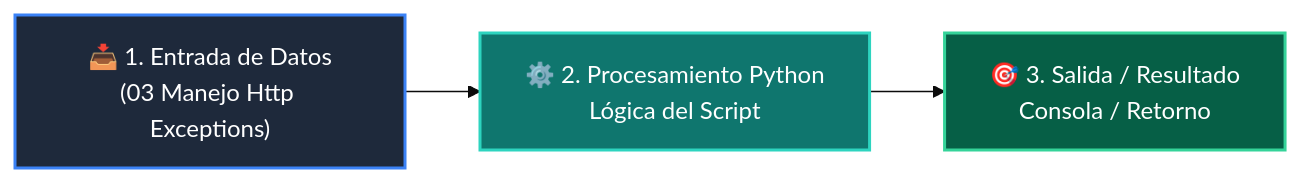
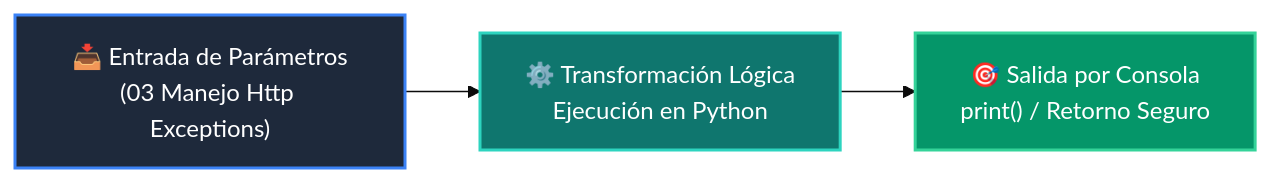
Before and after one commit to wisrovi/wisrovi-python: the diagram in 04-proyecto-final/clase-02-backend-fastapi/ejemplos/ejemplo_03_manejo_http_exceptions/README.md, drawn with Mermaid (base theme). The commit also changed other lines of this file and 226 other files, not shown here.

Commit message:
docs: elevate all repository READMEs to world-class mastery standard with rich pedagogical architecture, custom Mermaids, and professional styling

````diff
--- a/04-proyecto-final/clase-02-backend-fastapi/ejemplos/ejemplo_03_manejo_http_exceptions/README.md
+++ b/04-proyecto-final/clase-02-backend-fastapi/ejemplos/ejemplo_03_manejo_http_exceptions/README.md
@@ -12,9 +19,9 @@
 ```mermaid
 flowchart LR
-    A["📥 1. Entrada de Datos<br/>(03 Manejo Http Exceptions)"] --> B["⚙️ 2. Procesamiento Python<br/>Lógica del Script"]
-    B --> C["🎯 3. Salida / Resultado<br/>Consola / Retorno"]
+    A["📥 Entrada de Parámetros<br/>(03 Manejo Http Exceptions)"] --> B["⚙️ Transformación Lógica<br/>Ejecución en Python"]
+    B --> C["🎯 Salida por Consola<br/>print() / Retorno Seguro"]
 
-    style A fill:#1e293b,color:#fff,stroke:#3b82f6,stroke-width:2px
-    style B fill:#0f766e,color:#fff,stroke:#2dd4bf,stroke-width:2px
-    style C fill:#065f46,color:#fff,stroke:#34d399,stroke-width:2px
+    style A fill:#1e293b,color:#ffffff,stroke:#3b82f6,stroke-width:2px
+    style B fill:#0f766e,color:#ffffff,stroke:#2dd4bf,stroke-width:2px
+    style C fill:#059669,color:#ffffff,stroke:#34d399,stroke-width:2px
 ```
````
